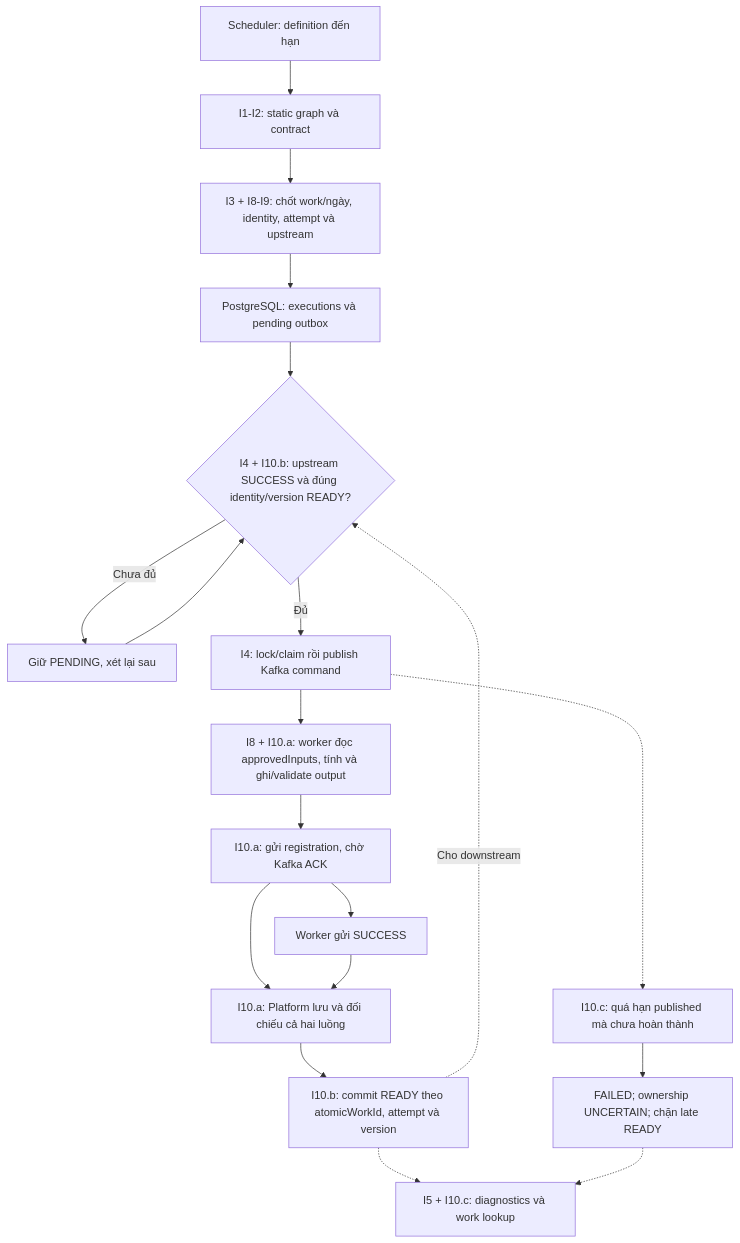
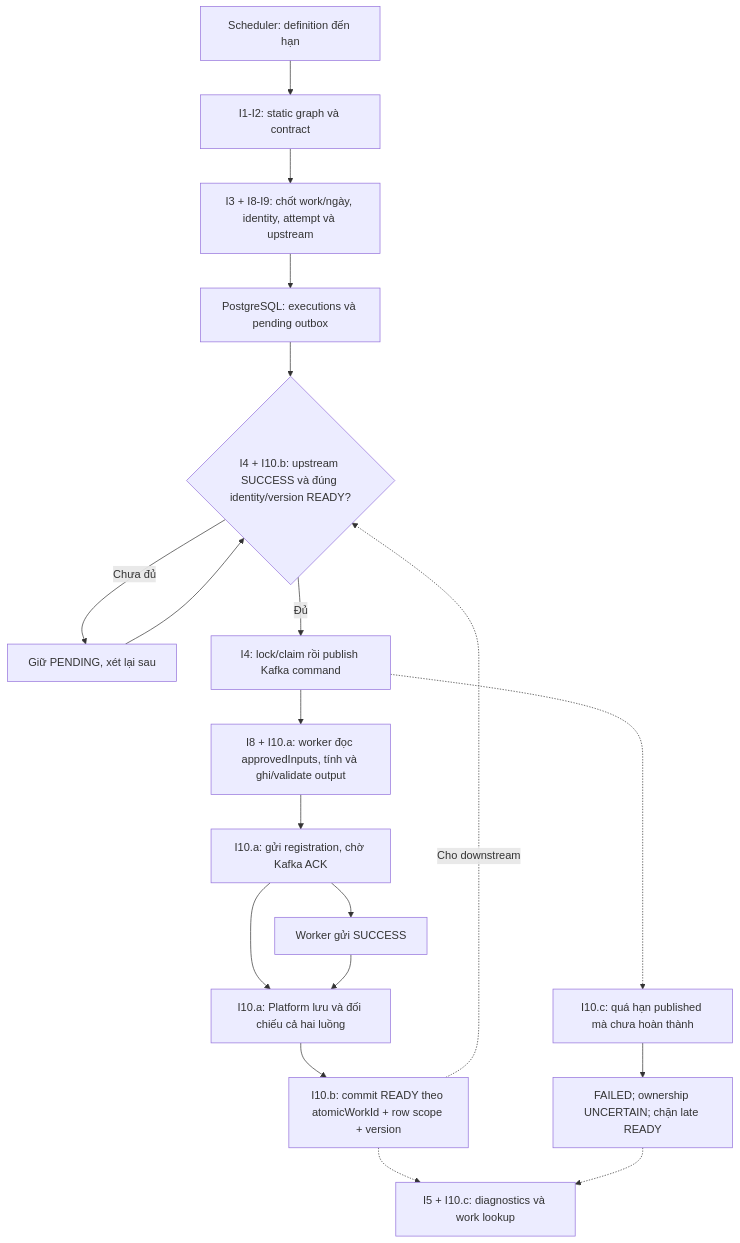
The first of 7 diagrams in docs/flows/001-job-execution.md (tanlocit9/omni), drawn with Mermaid before and after one commit. The commit also changed other lines of this file and 55 other files, not shown here.

First line of the commit message:
fix(i10): scope READY to work data inside canonical Parquet

````diff
--- a/docs/flows/001-job-execution.md
+++ b/docs/flows/001-job-execution.md
@@ -9,21 +9,21 @@
 ```mermaid
 flowchart TD
     scheduled["Scheduler: definition đến hạn"] --> topology["I1-I2: static graph và contract"]
     topology --> prepare["I3 + I8-I9: chốt work/ngày, identity, attempt và upstream"]
     prepare --> intents["PostgreSQL: executions và pending outbox"]
     intents --> admission{"I4 + I10.b: upstream SUCCESS và đúng identity/version READY?"}
     admission -->|"Chưa đủ"| waiting["Giữ PENDING, xét lại sau"]
     waiting --> admission
     admission -->|"Đủ"| dispatch["I4: lock/claim rồi publish Kafka command"]
     dispatch --> worker["I8 + I10.a: worker đọc approvedInputs, tính và ghi/validate output"]
     worker --> registration["I10.a: gửi registration, chờ Kafka ACK"]
     registration --> status["Worker gửi SUCCESS"]
     registration --> completion["I10.a: Platform lưu và đối chiếu cả hai luồng"]
     status --> completion
-    completion --> ready["I10.b: commit READY theo atomicWorkId, attempt và version"]
+    completion --> ready["I10.b: commit READY theo atomicWorkId + row scope + version"]
     ready -.->|"Cho downstream"| admission
     dispatch -.-> watchdog["I10.c: quá hạn published mà chưa hoàn thành"]
     watchdog --> timeout["FAILED; ownership UNCERTAIN; chặn late READY"]
     ready -.-> diagnostics["I5 + I10.c: diagnostics và work lookup"]
     timeout -.-> diagnostics
 ```
````
